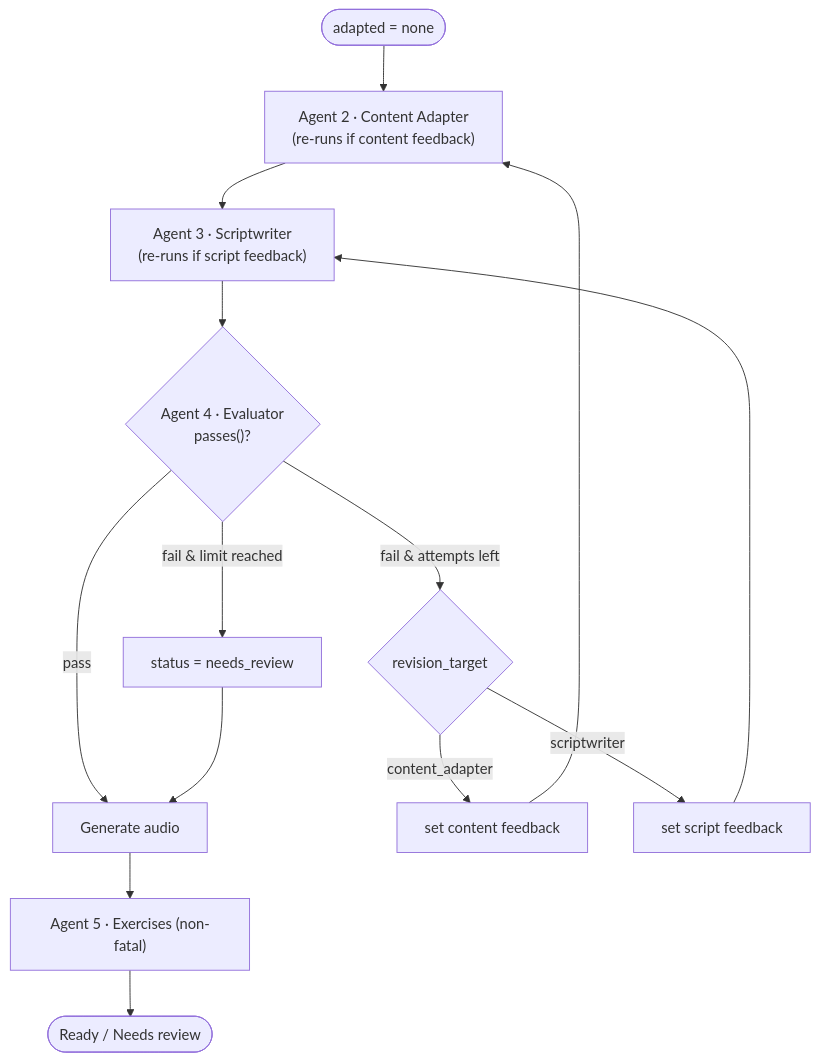
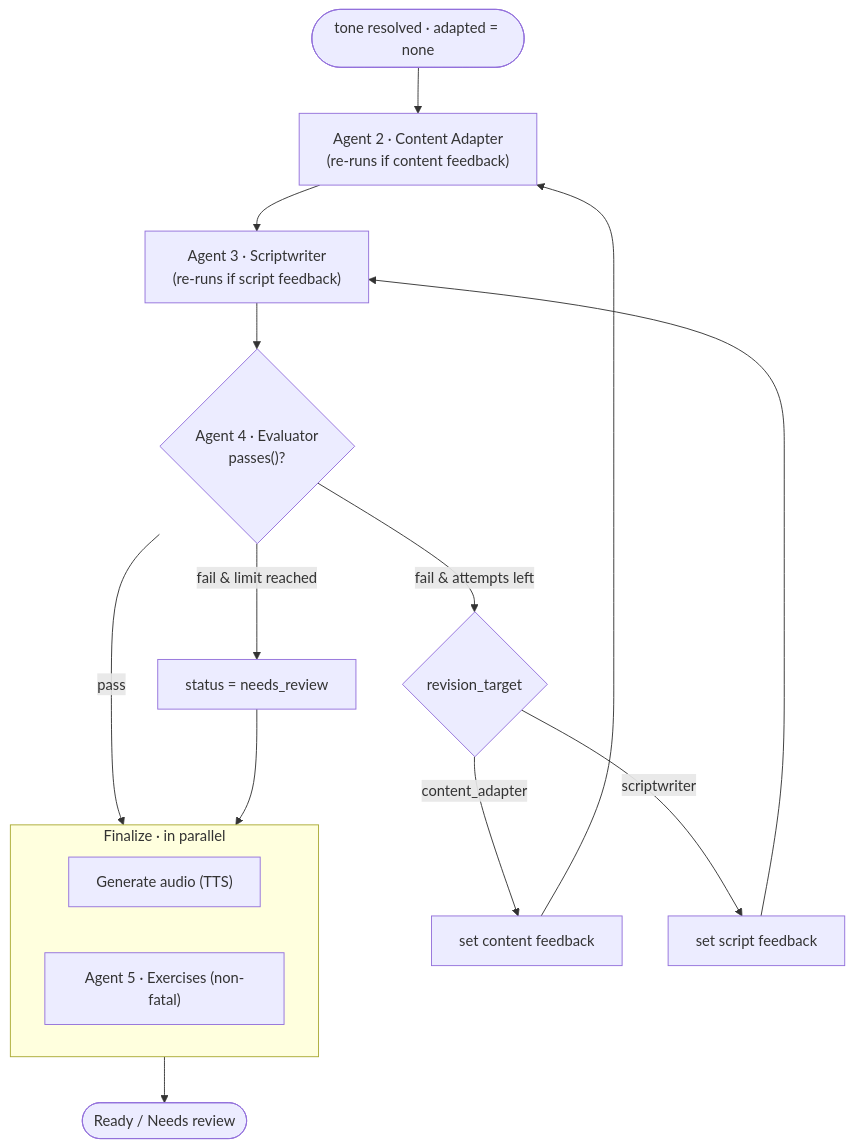
Before and after one commit to mohammadVatandoost/beshno: the third of 4 diagrams in docs/ARCHITECTURE.md, drawn with Mermaid. The commit also changed other lines of this file and 1 other file, not shown here.

````diff
--- a/docs/ARCHITECTURE.md
+++ b/docs/ARCHITECTURE.md
@@ -143,19 +176,23 @@
 ```mermaid
 flowchart TD
-    start([adapted = none]) --> adapt
+    start([tone resolved · adapted = none]) --> adapt
 
     adapt[" Agent 2 · Content Adapter<br/>(re-runs if content feedback) "]
     adapt --> script[" Agent 3 · Scriptwriter<br/>(re-runs if script feedback) "]
     script --> eval{" Agent 4 · Evaluator<br/>passes()? "}
 
-    eval -->|pass| audio[" Generate audio "]
+    eval -->|pass| fin
     eval -->|"fail & attempts left"| route{revision_target}
     eval -->|"fail & limit reached"| flag[" status = needs_review "]
 
     route -->|content_adapter| fbc[set content feedback] --> adapt
     route -->|scriptwriter| fbs[set script feedback] --> script
+    flag --> fin
 
-    flag --> audio
-    audio --> ex[" Agent 5 · Exercises (non-fatal) "]
-    ex --> done([Ready / Needs review])
+    subgraph fin [" Finalize · in parallel "]
+        direction LR
+        audio[" Generate audio (TTS) "]
+        ex[" Agent 5 · Exercises (non-fatal) "]
+    end
+    fin --> done([Ready / Needs review])
 ```
````
